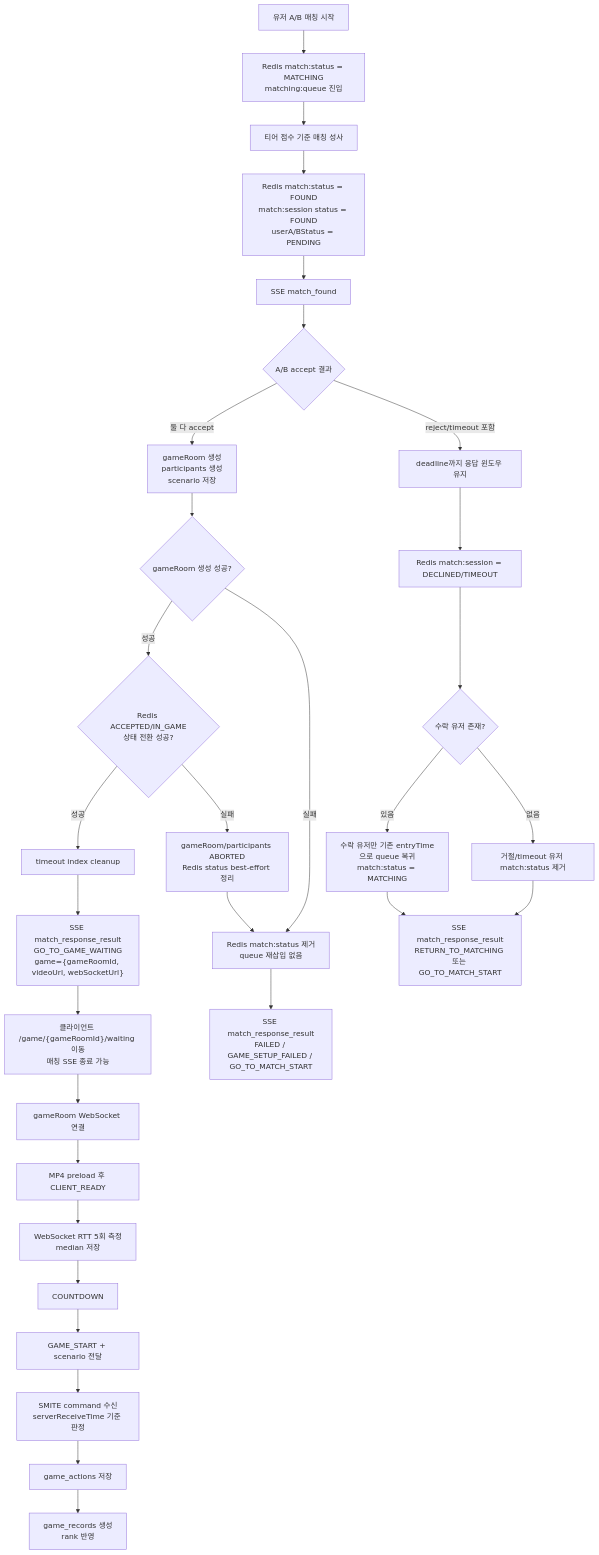
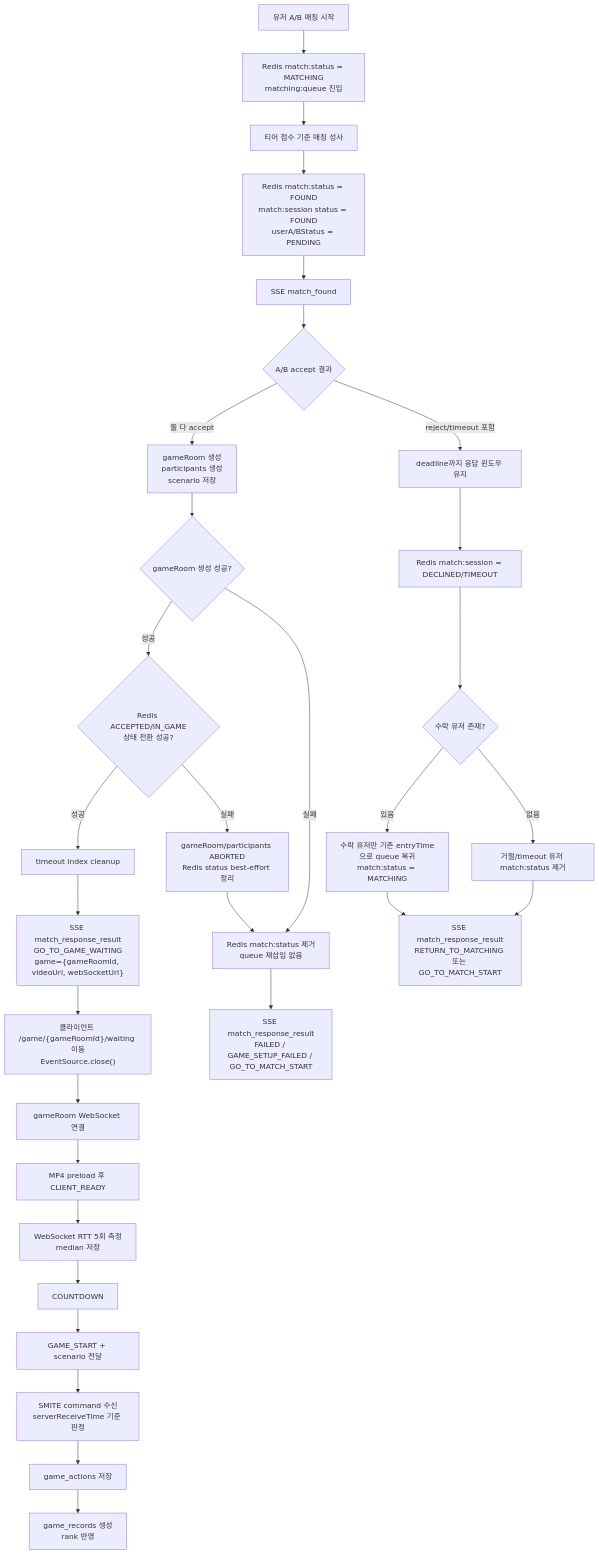
Before and after one commit to moonwhistle/League-of-Star: the diagram in docs/antigravity/backend/plan-checkpoint.md, drawn with Mermaid. The commit also changed other lines of this file and 3 other files, not shown here.

````diff
--- a/docs/antigravity/backend/plan-checkpoint.md
+++ b/docs/antigravity/backend/plan-checkpoint.md
@@ -5,36 +5,36 @@
 ```mermaid
 flowchart TD
     A["유저 A/B 매칭 시작"] --> B["Redis match:status = MATCHING<br/>matching:queue 진입"]
     B --> C["티어 점수 기준 매칭 성사"]
     C --> D["Redis match:status = FOUND<br/>match:session status = FOUND<br/>userA/BStatus = PENDING"]
     D --> E["SSE match_found"]
     E --> F{"A/B accept 결과"}
 
     F -->|"둘 다 accept"| G["gameRoom 생성<br/>participants 생성<br/>scenario 저장"]
     G --> H{"gameRoom 생성 성공?"}
     H -->|"성공"| I{"Redis ACCEPTED/IN_GAME<br/>상태 전환 성공?"}
     I -->|"성공"| J["timeout index cleanup"]
     J --> K["SSE match_response_result<br/>GO_TO_GAME_WAITING<br/>game={gameRoomId, videoUrl, webSocketUrl}"]
-    K --> L["클라이언트 /game/{gameRoomId}/waiting 이동<br/>매칭 SSE 종료 가능"]
+    K --> L["클라이언트 /game/{gameRoomId}/waiting 이동<br/>EventSource.close()"]
     L --> M["gameRoom WebSocket 연결"]
     M --> N["MP4 preload 후 CLIENT_READY"]
     N --> O["WebSocket RTT 5회 측정<br/>median 저장"]
     O --> P["COUNTDOWN"]
     P --> Q["GAME_START + scenario 전달"]
     Q --> R["SMITE command 수신<br/>serverReceiveTime 기준 판정"]
     R --> S["game_actions 저장"]
     S --> SA["game_records 생성<br/>rank 반영"]
 
     I -->|"실패"| AB["gameRoom/participants ABORTED<br/>Redis status best-effort 정리"]
     AB --> T
     H -->|"실패"| T["Redis match:status 제거<br/>queue 재삽입 없음"]
     T --> U["SSE match_response_result<br/>FAILED / GAME_SETUP_FAILED / GO_TO_MATCH_START"]
 
     F -->|"reject/timeout 포함"| V["deadline까지 응답 윈도우 유지"]
     V --> W["Redis match:session = DECLINED/TIMEOUT"]
     W --> X{"수락 유저 존재?"}
     X -->|"있음"| Y["수락 유저만 기존 entryTime으로 queue 복귀<br/>match:status = MATCHING"]
     X -->|"없음"| Z["거절/timeout 유저 match:status 제거"]
     Y --> AA["SSE match_response_result<br/>RETURN_TO_MATCHING 또는 GO_TO_MATCH_START"]
     Z --> AA
 ```
````
